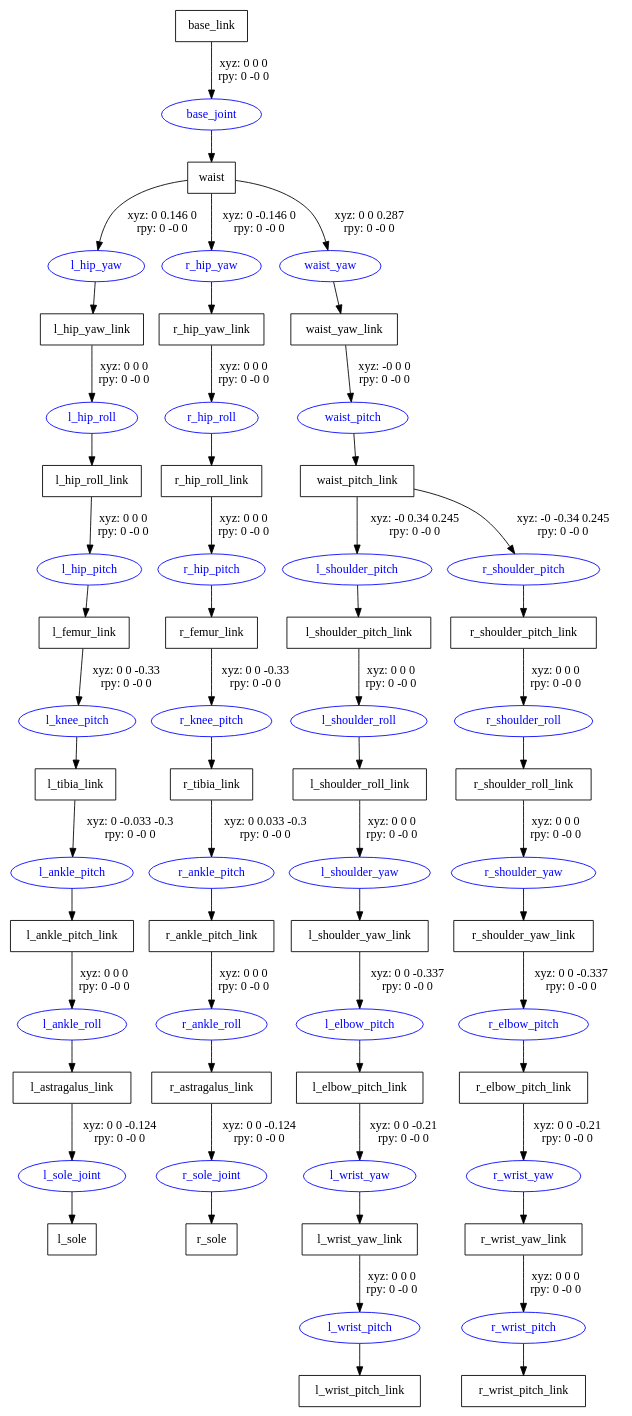
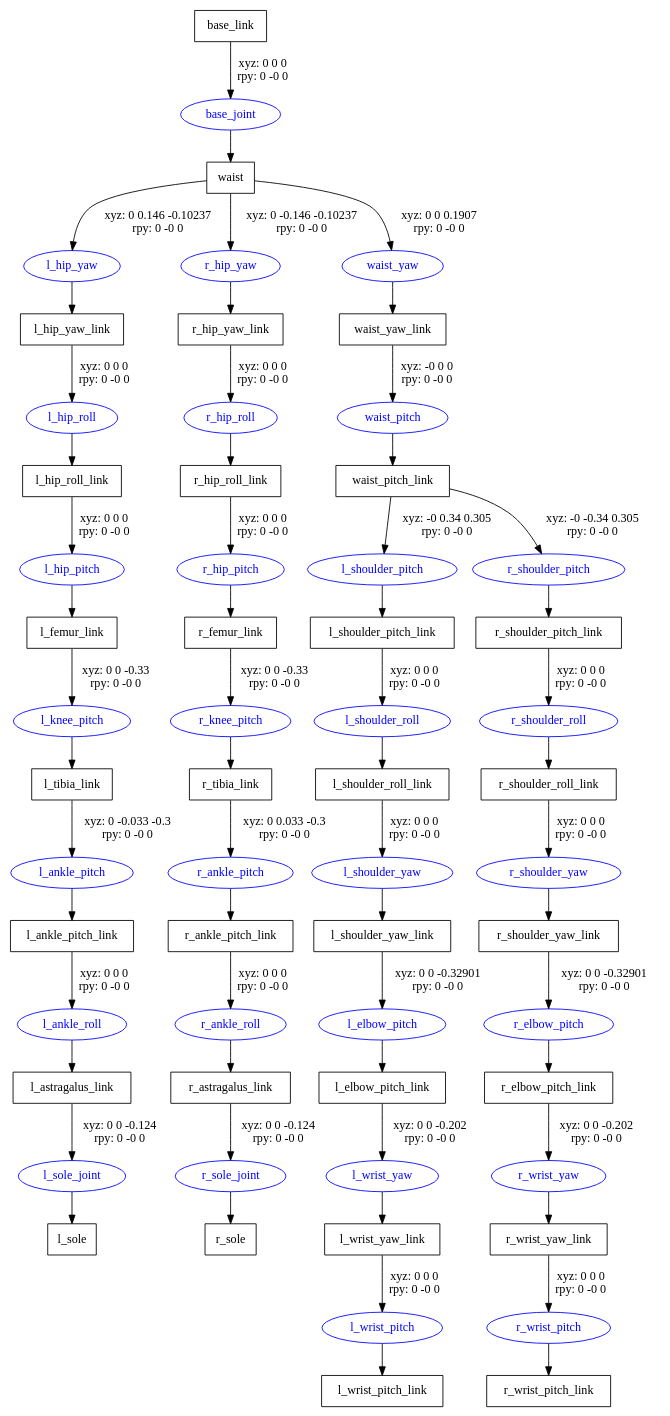
Before and after one commit to roboticslab-uc3m/teo-ros: the diagram in teo_description/urdf/teo.gv, drawn with Graphviz. The commit also changed 24 other files, not shown here.

```diff
--- a/teo_description/urdf/teo.gv
+++ b/teo_description/urdf/teo.gv
@@ -1,92 +1,92 @@
 digraph G {
 node [shape=box];
 "base_link" [label="base_link"];
 "waist" [label="waist"];
 "l_hip_yaw_link" [label="l_hip_yaw_link"];
 "l_hip_roll_link" [label="l_hip_roll_link"];
 "l_femur_link" [label="l_femur_link"];
 "l_tibia_link" [label="l_tibia_link"];
 "l_ankle_pitch_link" [label="l_ankle_pitch_link"];
 "l_astragalus_link" [label="l_astragalus_link"];
 "l_sole" [label="l_sole"];
 "r_hip_yaw_link" [label="r_hip_yaw_link"];
 "r_hip_roll_link" [label="r_hip_roll_link"];
 "r_femur_link" [label="r_femur_link"];
 "r_tibia_link" [label="r_tibia_link"];
 "r_ankle_pitch_link" [label="r_ankle_pitch_link"];
 "r_astragalus_link" [label="r_astragalus_link"];
 "r_sole" [label="r_sole"];
 "waist_yaw_link" [label="waist_yaw_link"];
 "waist_pitch_link" [label="waist_pitch_link"];
 "l_shoulder_pitch_link" [label="l_shoulder_pitch_link"];
 "l_shoulder_roll_link" [label="l_shoulder_roll_link"];
 "l_shoulder_yaw_link" [label="l_shoulder_yaw_link"];
 "l_elbow_pitch_link" [label="l_elbow_pitch_link"];
 "l_wrist_yaw_link" [label="l_wrist_yaw_link"];
 "l_wrist_pitch_link" [label="l_wrist_pitch_link"];
 "r_shoulder_pitch_link" [label="r_shoulder_pitch_link"];
 "r_shoulder_roll_link" [label="r_shoulder_roll_link"];
 "r_shoulder_yaw_link" [label="r_shoulder_yaw_link"];
 "r_elbow_pitch_link" [label="r_elbow_pitch_link"];
 "r_wrist_yaw_link" [label="r_wrist_yaw_link"];
 "r_wrist_pitch_link" [label="r_wrist_pitch_link"];
 node [shape=ellipse, color=blue, fontcolor=blue];
 "base_link" -> "base_joint" [label="xyz: 0 0 0 \nrpy: 0 -0 0"]
 "base_joint" -> "waist"
-"waist" -> "l_hip_yaw" [label="xyz: 0 0.146 0 \nrpy: 0 -0 0"]
+"waist" -> "l_hip_yaw" [label="xyz: 0 0.146 -0.10237 \nrpy: 0 -0 0"]
 "l_hip_yaw" -> "l_hip_yaw_link"
 "l_hip_yaw_link" -> "l_hip_roll" [label="xyz: 0 0 0 \nrpy: 0 -0 0"]
 "l_hip_roll" -> "l_hip_roll_link"
 "l_hip_roll_link" -> "l_hip_pitch" [label="xyz: 0 0 0 \nrpy: 0 -0 0"]
 "l_hip_pitch" -> "l_femur_link"
 "l_femur_link" -> "l_knee_pitch" [label="xyz: 0 0 -0.33 \nrpy: 0 -0 0"]
 "l_knee_pitch" -> "l_tibia_link"
 "l_tibia_link" -> "l_ankle_pitch" [label="xyz: 0 -0.033 -0.3 \nrpy: 0 -0 0"]
 "l_ankle_pitch" -> "l_ankle_pitch_link"
 "l_ankle_pitch_link" -> "l_ankle_roll" [label="xyz: 0 0 0 \nrpy: 0 -0 0"]
 "l_ankle_roll" -> "l_astragalus_link"
 "l_astragalus_link" -> "l_sole_joint" [label="xyz: 0 0 -0.124 \nrpy: 0 -0 0"]
 "l_sole_joint" -> "l_sole"
-"waist" -> "r_hip_yaw" [label="xyz: 0 -0.146 0 \nrpy: 0 -0 0"]
+"waist" -> "r_hip_yaw" [label="xyz: 0 -0.146 -0.10237 \nrpy: 0 -0 0"]
 "r_hip_yaw" -> "r_hip_yaw_link"
 "r_hip_yaw_link" -> "r_hip_roll" [label="xyz: 0 0 0 \nrpy: 0 -0 0"]
 "r_hip_roll" -> "r_hip_roll_link"
 "r_hip_roll_link" -> "r_hip_pitch" [label="xyz: 0 0 0 \nrpy: 0 -0 0"]
 "r_hip_pitch" -> "r_femur_link"
 "r_femur_link" -> "r_knee_pitch" [label="xyz: 0 0 -0.33 \nrpy: 0 -0 0"]
 "r_knee_pitch" -> "r_tibia_link"
 "r_tibia_link" -> "r_ankle_pitch" [label="xyz: 0 0.033 -0.3 \nrpy: 0 -0 0"]
 "r_ankle_pitch" -> "r_ankle_pitch_link"
 "r_ankle_pitch_link" -> "r_ankle_roll" [label="xyz: 0 0 0 \nrpy: 0 -0 0"]
 "r_ankle_roll" -> "r_astragalus_link"
 "r_astragalus_link" -> "r_sole_joint" [label="xyz: 0 0 -0.124 \nrpy: 0 -0 0"]
 "r_sole_joint" -> "r_sole"
-"waist" -> "waist_yaw" [label="xyz: 0 0 0.287 \nrpy: 0 -0 0"]
+"waist" -> "waist_yaw" [label="xyz: 0 0 0.1907 \nrpy: 0 -0 0"]
 "waist_yaw" -> "waist_yaw_link"
 "waist_yaw_link" -> "waist_pitch" [label="xyz: -0 0 0 \nrpy: 0 -0 0"]
 "waist_pitch" -> "waist_pitch_link"
-"waist_pitch_link" -> "l_shoulder_pitch" [label="xyz: -0 0.34 0.245 \nrpy: 0 -0 0"]
+"waist_pitch_link" -> "l_shoulder_pitch" [label="xyz: -0 0.34 0.305 \nrpy: 0 -0 0"]
 "l_shoulder_pitch" -> "l_shoulder_pitch_link"
 "l_shoulder_pitch_link" -> "l_shoulder_roll" [label="xyz: 0 0 0 \nrpy: 0 -0 0"]
 "l_shoulder_roll" -> "l_shoulder_roll_link"
 "l_shoulder_roll_link" -> "l_shoulder_yaw" [label="xyz: 0 0 0 \nrpy: 0 -0 0"]
 "l_shoulder_yaw" -> "l_shoulder_yaw_link"
-"l_shoulder_yaw_link" -> "l_elbow_pitch" [label="xyz: 0 0 -0.337 \nrpy: 0 -0 0"]
+"l_shoulder_yaw_link" -> "l_elbow_pitch" [label="xyz: 0 0 -0.32901 \nrpy: 0 -0 0"]
 "l_elbow_pitch" -> "l_elbow_pitch_link"
-"l_elbow_pitch_link" -> "l_wrist_yaw" [label="xyz: 0 0 -0.21 \nrpy: 0 -0 0"]
+"l_elbow_pitch_link" -> "l_wrist_yaw" [label="xyz: 0 0 -0.202 \nrpy: 0 -0 0"]
 "l_wrist_yaw" -> "l_wrist_yaw_link"
 "l_wrist_yaw_link" -> "l_wrist_pitch" [label="xyz: 0 0 0 \nrpy: 0 -0 0"]
 "l_wrist_pitch" -> "l_wrist_pitch_link"
-"waist_pitch_link" -> "r_shoulder_pitch" [label="xyz: -0 -0.34 0.245 \nrpy: 0 -0 0"]
+"waist_pitch_link" -> "r_shoulder_pitch" [label="xyz: -0 -0.34 0.305 \nrpy: 0 -0 0"]
 "r_shoulder_pitch" -> "r_shoulder_pitch_link"
 "r_shoulder_pitch_link" -> "r_shoulder_roll" [label="xyz: 0 0 0 \nrpy: 0 -0 0"]
 "r_shoulder_roll" -> "r_shoulder_roll_link"
 "r_shoulder_roll_link" -> "r_shoulder_yaw" [label="xyz: 0 0 0 \nrpy: 0 -0 0"]
 "r_shoulder_yaw" -> "r_shoulder_yaw_link"
-"r_shoulder_yaw_link" -> "r_elbow_pitch" [label="xyz: 0 0 -0.337 \nrpy: 0 -0 0"]
+"r_shoulder_yaw_link" -> "r_elbow_pitch" [label="xyz: 0 0 -0.32901 \nrpy: 0 -0 0"]
 "r_elbow_pitch" -> "r_elbow_pitch_link"
-"r_elbow_pitch_link" -> "r_wrist_yaw" [label="xyz: 0 0 -0.21 \nrpy: 0 -0 0"]
+"r_elbow_pitch_link" -> "r_wrist_yaw" [label="xyz: 0 0 -0.202 \nrpy: 0 -0 0"]
 "r_wrist_yaw" -> "r_wrist_yaw_link"
 "r_wrist_yaw_link" -> "r_wrist_pitch" [label="xyz: 0 0 0 \nrpy: 0 -0 0"]
 "r_wrist_pitch" -> "r_wrist_pitch_link"
 }
```
